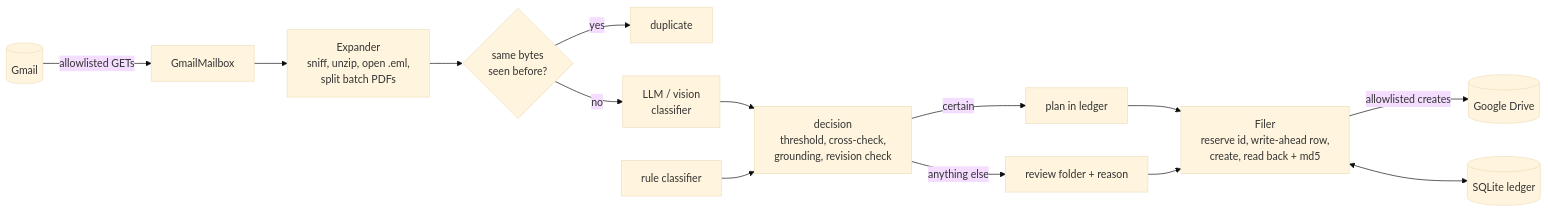
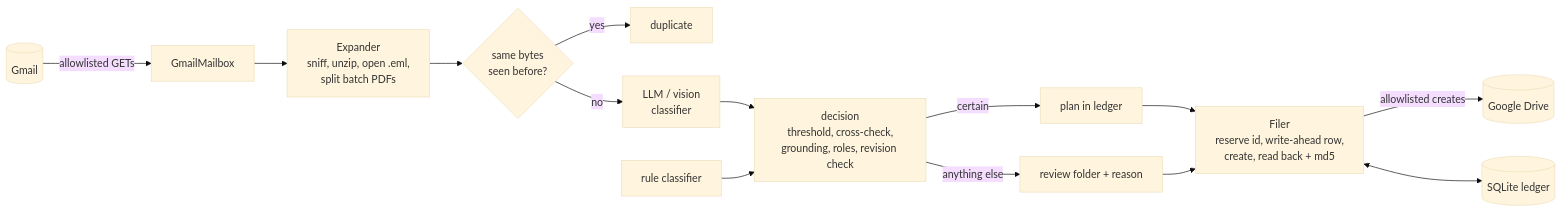
One commit to ashartanveercs-del/mailroom changed the first of 2 diagrams in README.md. Above: the diagram before and after it, drawn with Mermaid (base theme). The commit also changed other lines of this file and 35 other files, not shown here.

````diff
--- a/README.md
+++ b/README.md
@@ -41,16 +42,16 @@
 ```mermaid
 flowchart LR
     G[(Gmail)] -- "allowlisted GETs" --> MB[GmailMailbox]
     MB --> EX["Expander<br/>sniff, unzip, open .eml,<br/>split batch PDFs"]
     EX --> DUP{same bytes<br/>seen before?}
     DUP -- yes --> D1[duplicate]
     DUP -- no --> LLM[LLM / vision<br/>classifier]
-    LLM --> DEC["decision<br/>threshold, cross-check,<br/>grounding, revision check"]
+    LLM --> DEC["decision<br/>threshold, cross-check,<br/>grounding, roles, revision check"]
     RULES[rule classifier] --> DEC
     DEC -- certain --> PLAN[plan in ledger]
     DEC -- anything else --> REV[review folder + reason]
     PLAN --> FIL["Filer<br/>reserve id, write-ahead row,<br/>create, read back + md5"]
     REV --> FIL
     FIL -- "allowlisted creates" --> DR[(Google Drive)]
     FIL <--> LED[(SQLite ledger)]
 ```
````
